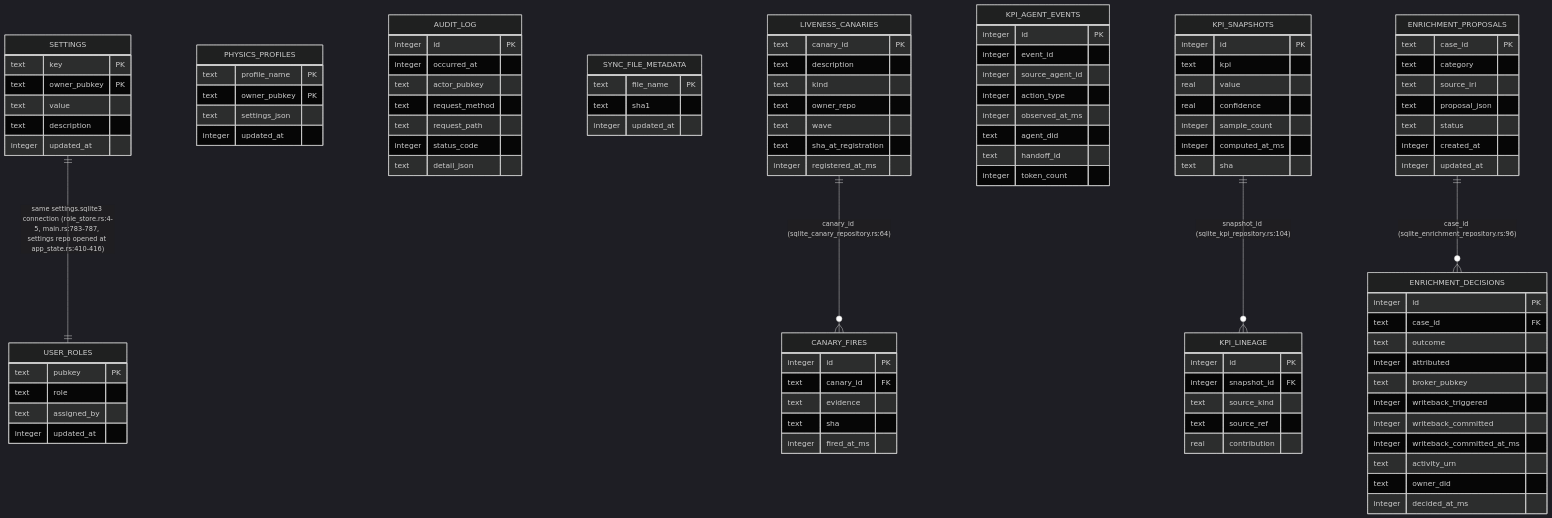
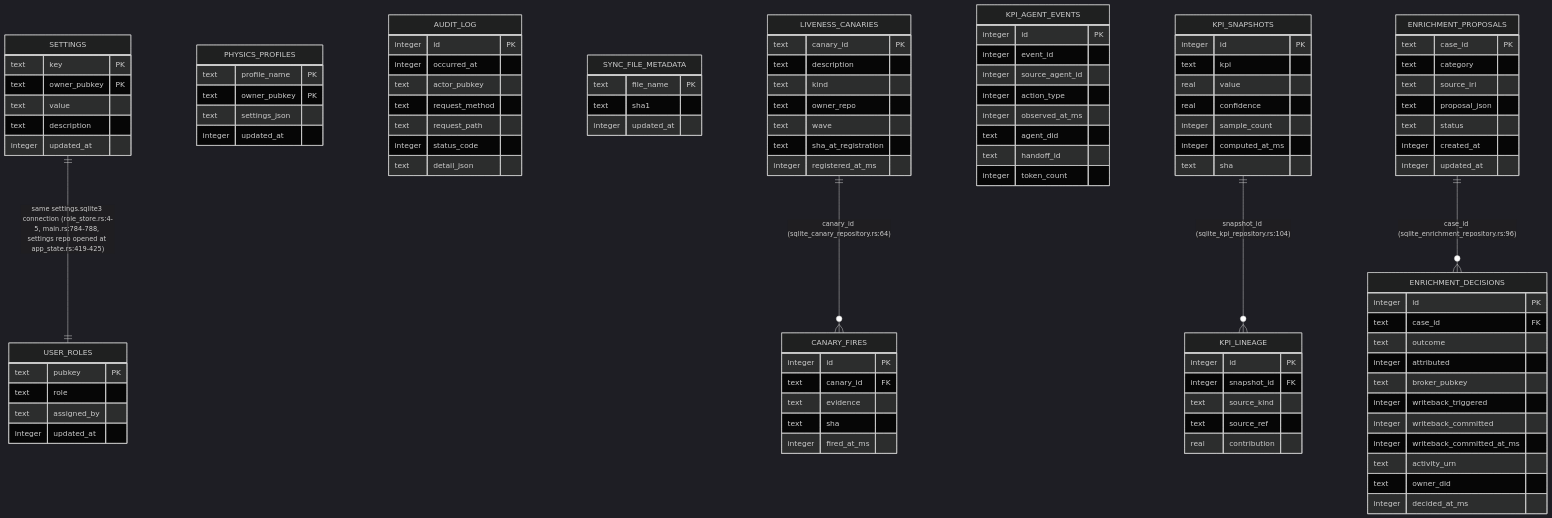
Before and after one commit to DreamLab-AI/VisionFlow: the second of 14 diagrams in docs/diagrams/visionclaw/22-data-authority-provenance-erasure.md, drawn with Mermaid (dark theme). The commit also changed other lines of this file and 49 other files, not shown here.

First line of the commit message:
docs(diagrams): re-derive and re-stamp VisionClaw, estate, knowledge-graph, visionGraph, VisionFlow and sidestr topics

````diff
--- a/docs/diagrams/visionclaw/22-data-authority-provenance-erasure.md
+++ b/docs/diagrams/visionclaw/22-data-authority-provenance-erasure.md
@@ -211,5 +211,5 @@
     ENRICHMENT_PROPOSALS ||--o{ ENRICHMENT_DECISIONS : "case_id (sqlite_enrichment_repository.rs:96)"
     LIVENESS_CANARIES ||--o{ CANARY_FIRES : "canary_id (sqlite_canary_repository.rs:64)"
     KPI_SNAPSHOTS ||--o{ KPI_LINEAGE : "snapshot_id (sqlite_kpi_repository.rs:104)"
-    SETTINGS ||--|| USER_ROLES : "same settings.sqlite3 connection (role_store.rs:4-5, main.rs:783-787, settings repo opened at app_state.rs:410-416)"
+    SETTINGS ||--|| USER_ROLES : "same settings.sqlite3 connection (role_store.rs:4-5, main.rs:784-788, settings repo opened at app_state.rs:419-425)"
 ```
````
